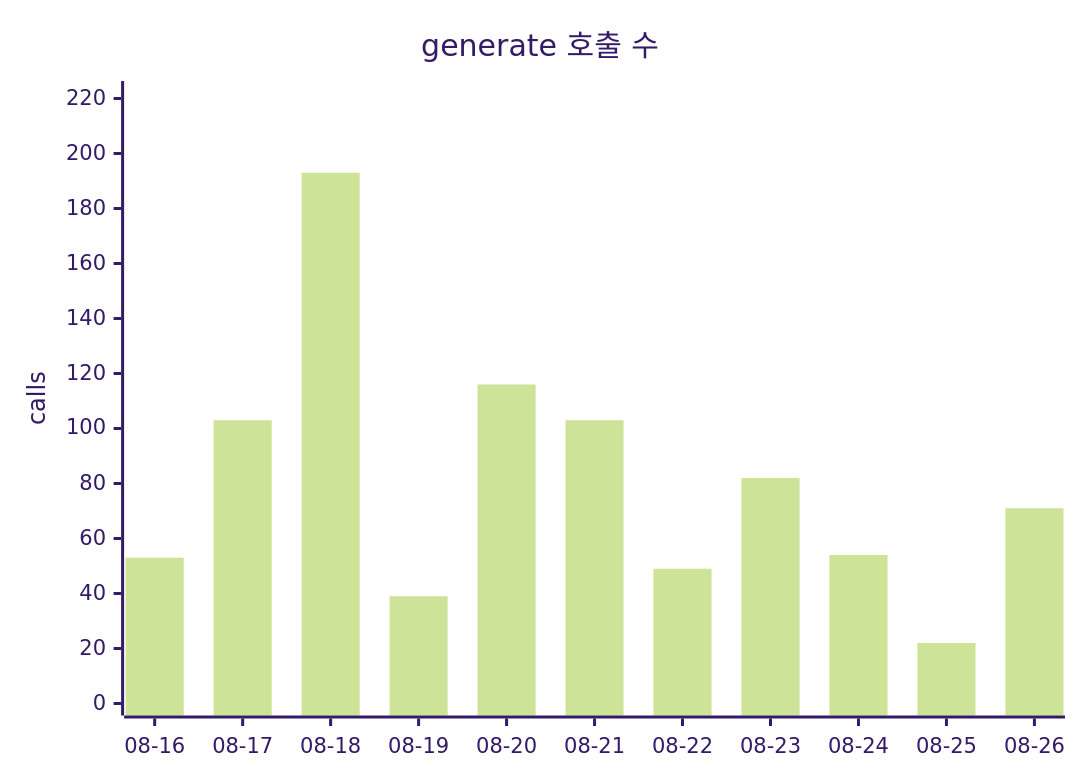
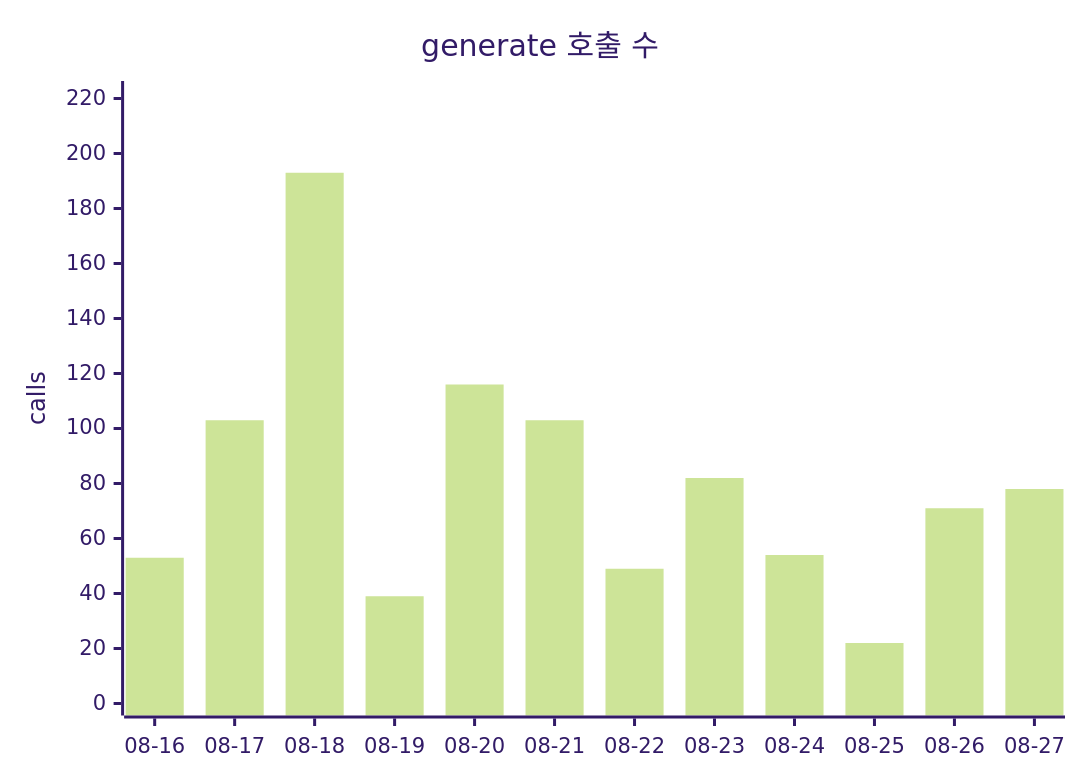
One commit to userri/PinQ-backend changed the first of 2 diagrams in docs/data/token-usage.md. Above: the diagram before and after it, drawn with Mermaid (forest theme). The commit also changed other lines of this file and 3 other files, not shown here.

````diff
--- a/docs/data/token-usage.md
+++ b/docs/data/token-usage.md
@@ -65,7 +68,7 @@
 ```mermaid
 xychart-beta
     title "generate 호출 수"
-    x-axis ["08-16", "08-17", "08-18", "08-19", "08-20", "08-21", "08-22", "08-23", "08-24", "08-25", "08-26"]
+    x-axis ["08-16", "08-17", "08-18", "08-19", "08-20", "08-21", "08-22", "08-23", "08-24", "08-25", "08-26", "08-27"]
     y-axis "calls" 0 --> 222
-    bar [53, 103, 193, 39, 116, 103, 49, 82, 54, 22, 71]
+    bar [53, 103, 193, 39, 116, 103, 49, 82, 54, 22, 71, 78]
 ```
````
